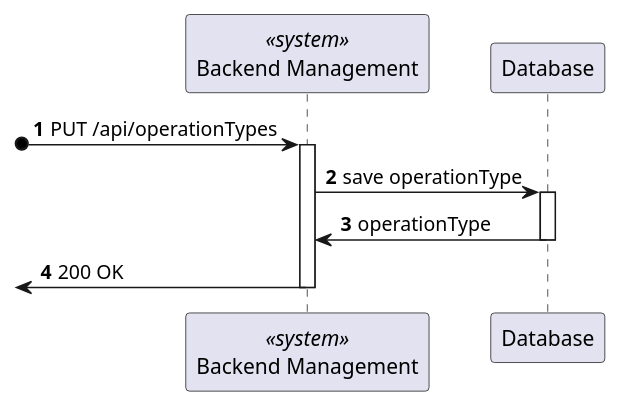
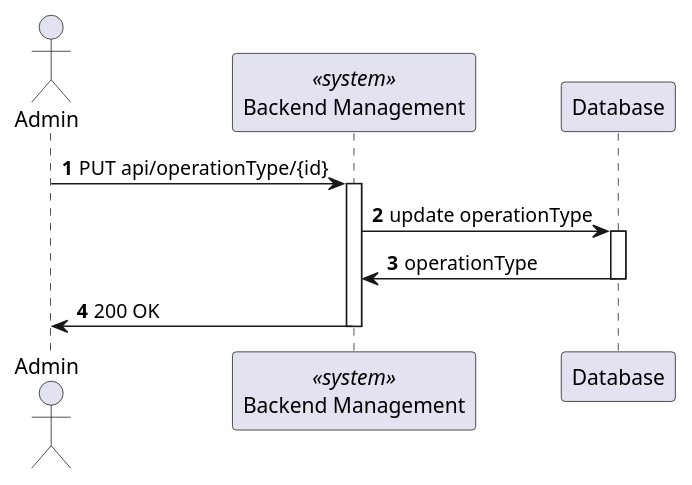
One commit to Lapr5G21/sem5pi-24-25-3ddg21 changed the diagram in docs/OperationTypeEdit/views/level3/process-view1.puml. Above: the diagram before and after it, drawn with PlantUML. The commit also changed 11 other files, not shown here.

```diff
--- a/docs/OperationTypeEdit/views/level3/process-view1.puml
+++ b/docs/OperationTypeEdit/views/level3/process-view1.puml
@@ -1,22 +1,23 @@
 @startuml
 
 autonumber
+actor Admin as "Admin"
 participant BE as "Backend Management" <<system>>
 participant DB as "Database"
 
-?o-> BE : PUT /api/operationTypes
+Admin-> BE : PUT api/operationType/{id}
 activate BE
 
-BE -> DB : save operationType
+BE -> DB : update operationType
 
 activate DB 
 
 DB -> BE : operationType 
 
 deactivate DB 
 
-<- BE : 200 OK
+Admin <- BE : 200 OK
 
 deactivate BE
 
 @enduml
```
